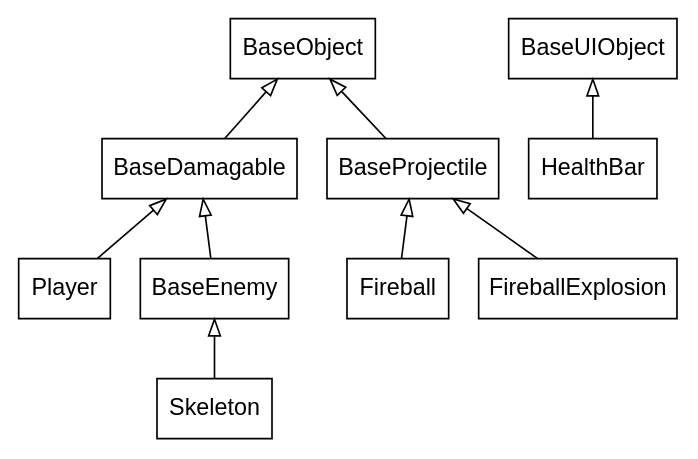
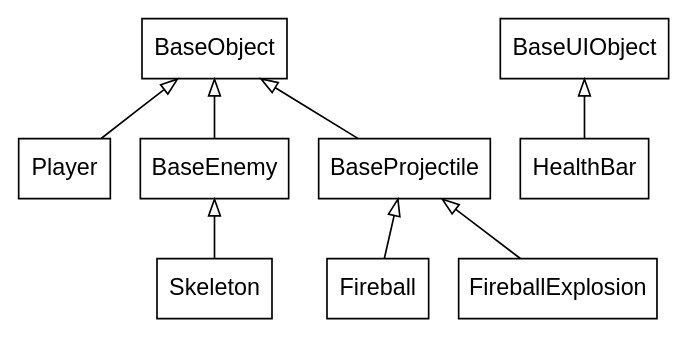
One commit to lachfoy/2dgameABANDONED changed the diagram in inheritance.gv. Above: the diagram before and after it, drawn with Graphviz. The commit also changed 2 other files, not shown here.

Commit message:
inheritance diagram reflects current structure

```diff
--- a/inheritance.gv
+++ b/inheritance.gv
@@ -1,13 +1,12 @@
 digraph inheritance {
     node [shape=box fontname="Helvetica,Arial,sans-serif"]
     edge [dir=back arrowtail=empty]
 
-    BaseObject->{BaseDamagable, BaseProjectile}
-    BaseDamagable->{Player, BaseEnemy}
+    BaseObject->{Player, BaseEnemy, BaseProjectile}
     BaseProjectile->{Fireball, FireballExplosion}
     BaseEnemy->Skeleton
 
     BaseUIObject->HealthBar
 }
 
 // use `dot -Tpng -O inheritance.gv` to generate a .png
```
